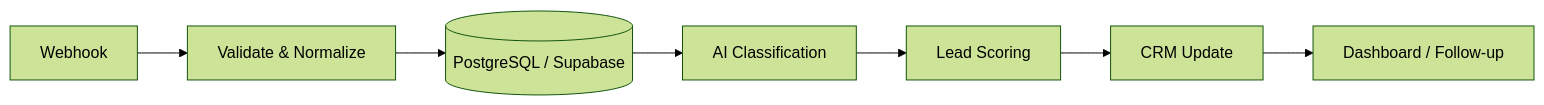
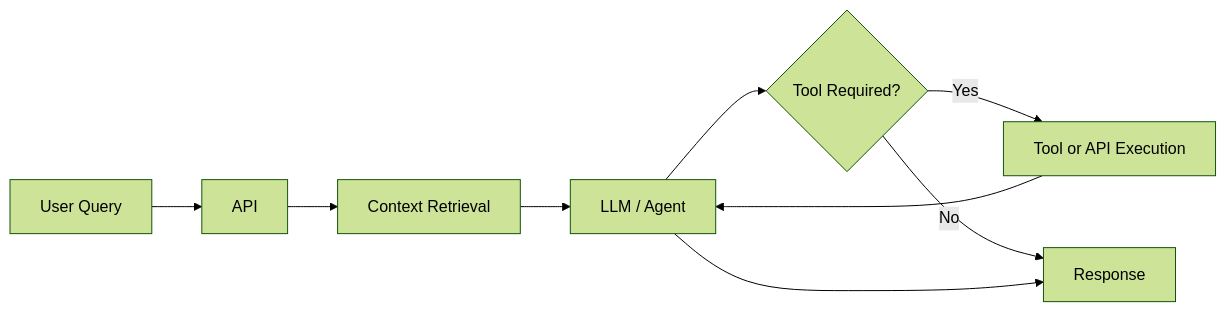
The second of 2 diagrams in README.md (Aravindan-001/Aravindan-001), drawn with Mermaid (forest theme) before and after one commit. The commit also changed other lines of this file, not shown here.

````diff
--- a/README.md
+++ b/README.md
@@ -343,9 +288,11 @@
 ```mermaid
 flowchart LR
-    A[Webhook] --> B[Validate & Normalize]
-    B --> C[(PostgreSQL / Supabase)]
-    C --> D[AI Classification]
-    D --> E[Lead Scoring]
-    E --> F[CRM Update]
-    F --> G[Dashboard / Follow-up]
+    A[User Query] --> B[API]
+    B --> C[Context Retrieval]
+    C --> D[LLM / Agent]
+    D --> E{Tool Required?}
+    E -- Yes --> F[Tool or API Execution]
+    F --> D
+    E -- No --> G[Response]
+    D --> G
 ```
````
